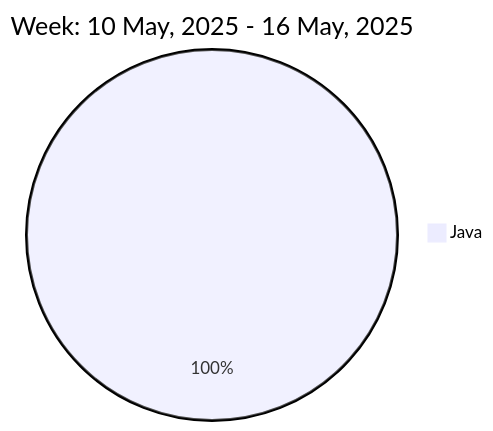
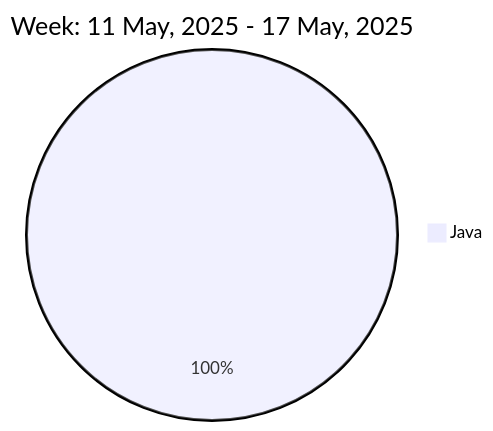
Before and after one commit to liubin95/liubin95: the diagram in README.md, drawn with Mermaid.

Commit message:
Updated the Graph with new Metrics

````diff
--- a/README.md
+++ b/README.md
@@ -37,5 +37,5 @@
 ```mermaid
  pie
-title Week: 10 May, 2025 - 16 May, 2025
+title Week: 11 May, 2025 - 17 May, 2025
  "Java" : 2.25
 ```
````
